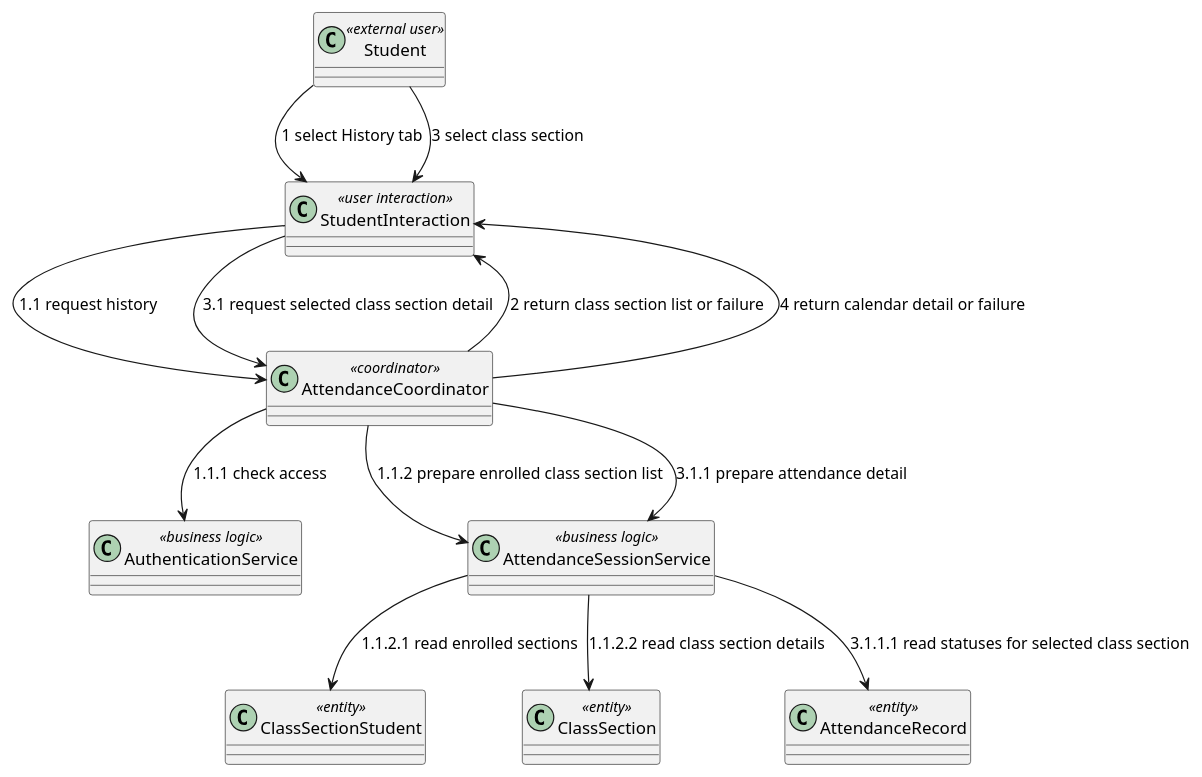
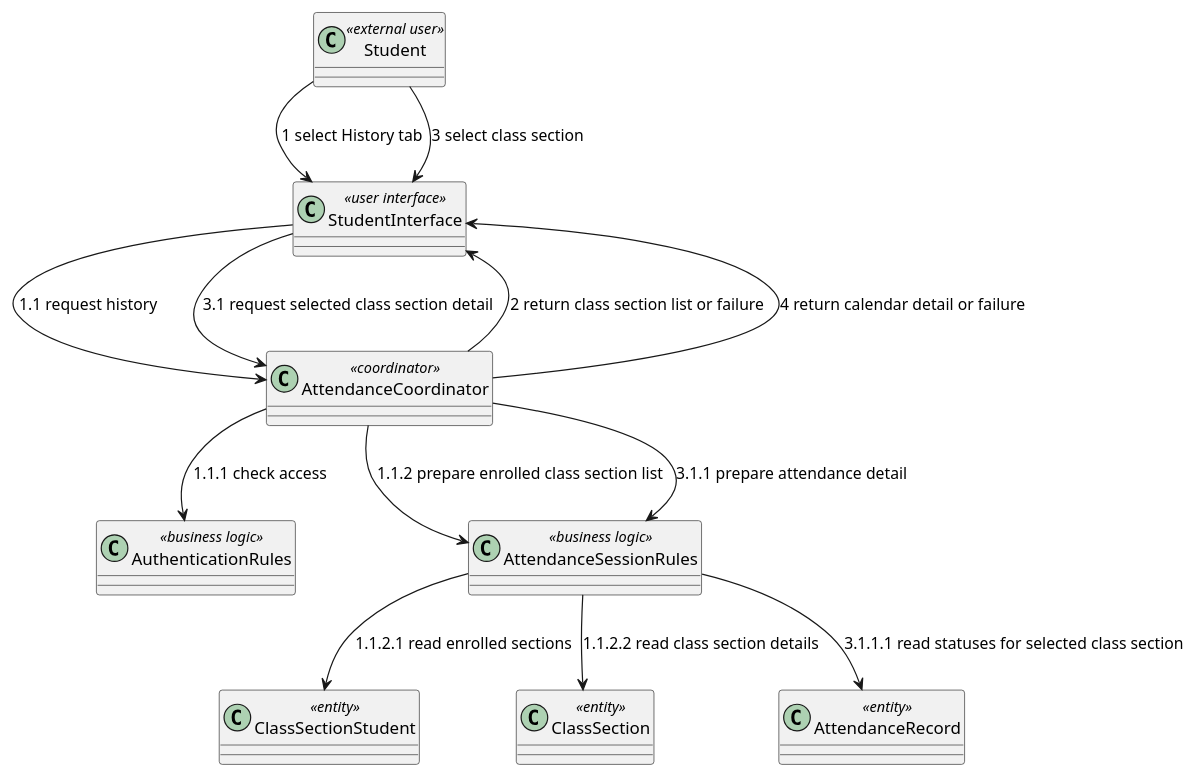
Diagram 12 of 26 in docs/rds/2_Analysis.md (nttung42/SWD392), drawn with PlantUML before and after one commit. The commit also changed other lines of this file and 1 other file, not shown here.

````diff
--- a/docs/rds/2_Analysis.md
+++ b/docs/rds/2_Analysis.md
@@ -537,25 +537,25 @@
 ```plantuml
 @startuml
 class "Student" as Student <<external user>>
-class "StudentInteraction" as StudentUI <<user interaction>>
+class "StudentInterface" as StudentUI <<user interface>>
 class "AttendanceCoordinator" as HistoryControl <<coordinator>>
-class "AuthenticationService" as AuthRules <<business logic>>
-class "AttendanceSessionService" as HistoryRules <<business logic>>
+class "AuthenticationRules" as AuthRules <<business logic>>
+class "AttendanceSessionRules" as HistoryRules <<business logic>>
 class "ClassSectionStudent" as ClassSectionStudent <<entity>>
 class "ClassSection" as ClassSection <<entity>>
 class "AttendanceRecord" as AttendanceRecord <<entity>>
 
 Student --> StudentUI : 1 select History tab
 StudentUI --> HistoryControl : 1.1 request history
 HistoryControl --> AuthRules : 1.1.1 check access
 HistoryControl --> HistoryRules : 1.1.2 prepare enrolled class section list
 HistoryRules --> ClassSectionStudent : 1.1.2.1 read enrolled sections
 HistoryRules --> ClassSection : 1.1.2.2 read class section details
 HistoryControl --> StudentUI : 2 return class section list or failure
 Student --> StudentUI : 3 select class section
 StudentUI --> HistoryControl : 3.1 request selected class section detail
 HistoryControl --> HistoryRules : 3.1.1 prepare attendance detail
 HistoryRules --> AttendanceRecord : 3.1.1.1 read statuses for selected class section
 HistoryControl --> StudentUI : 4 return calendar detail or failure
 @enduml
 ```
````
